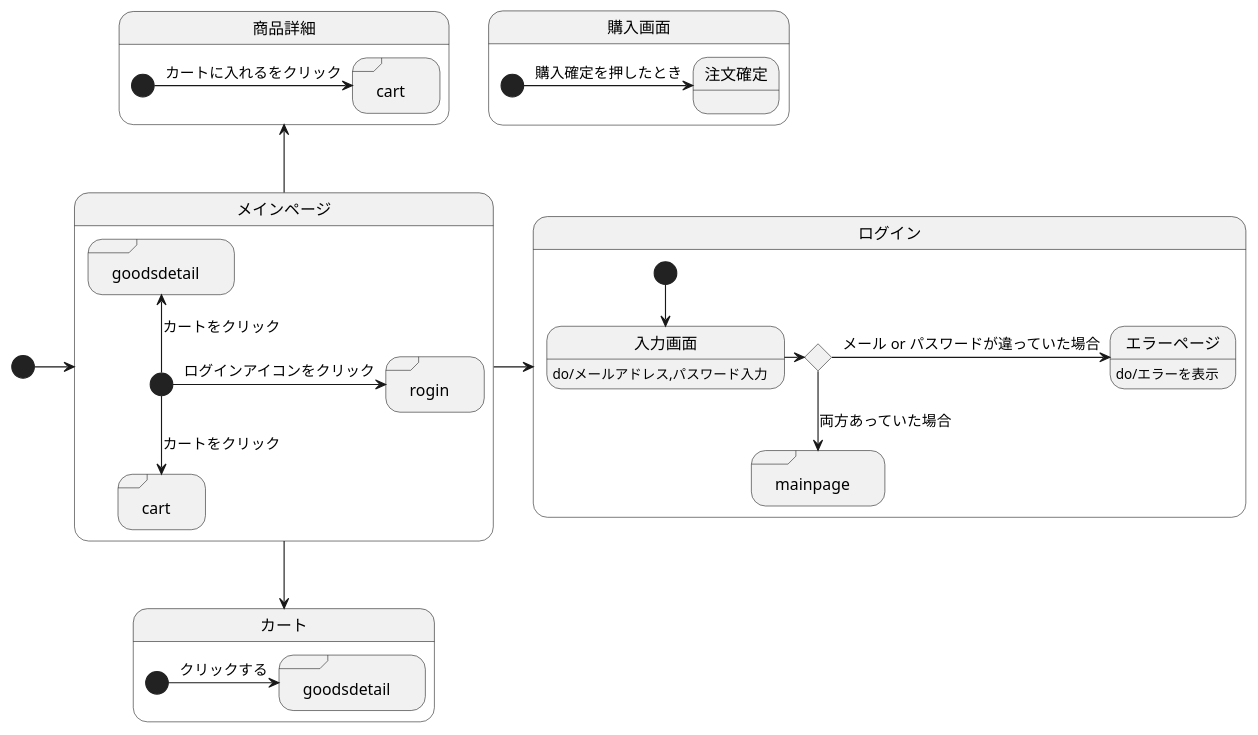
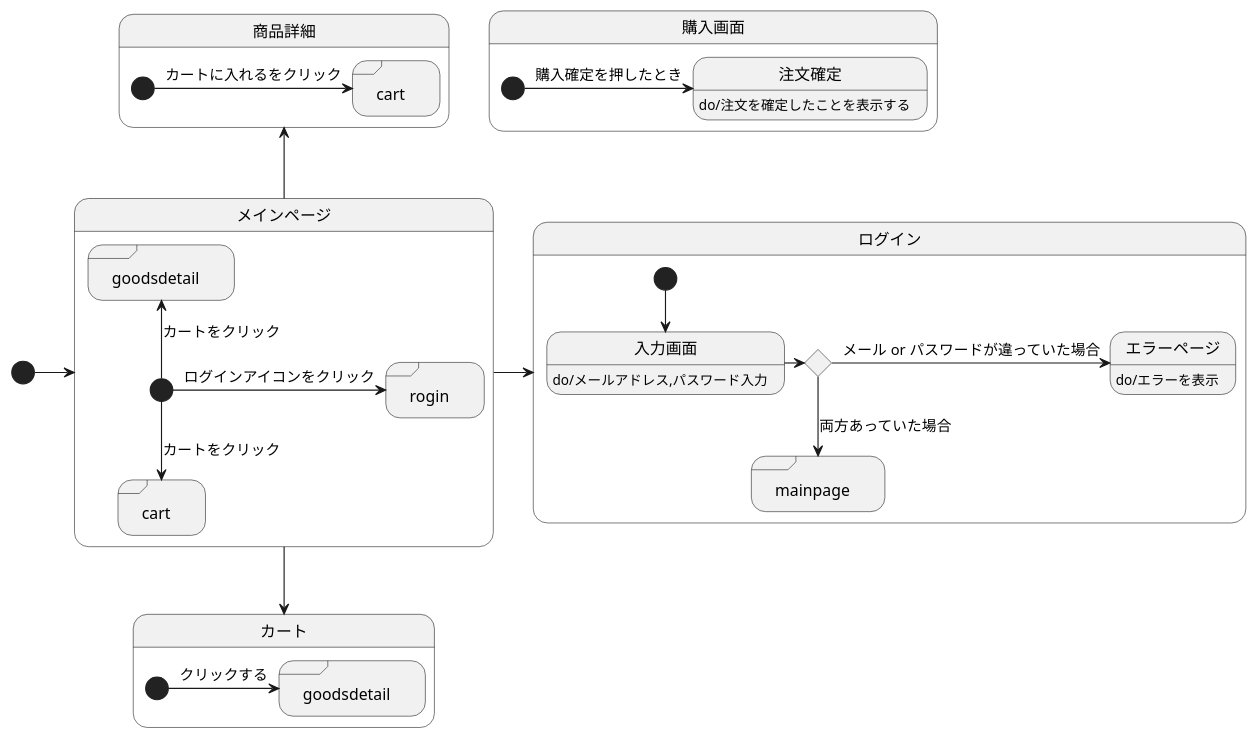
The diagram in UML.md (akutori/T-D-E), drawn with PlantUML before and after one commit.

Commit message:
追記

````diff
--- a/UML.md
+++ b/UML.md
@@ -1,48 +1,49 @@
 ```uml
 @startuml
 [*]->メインページ
 メインページ->ログイン
 メインページ-->カート
 メインページ-up->商品詳細
 
 state メインページ{
 state "rogin" <<sdlreceive>>
 state "cart" <<sdlreceive>>
 state "goodsdetail" <<sdlreceive>>
     [*]-> rogin :ログインアイコンをクリック
     [*]--> cart :カートをクリック
     [*]-up-> goodsdetail :カートをクリック
 }
 
 state ログイン{
 state input <<choice>>
 state "mainpage"<<sdlreceive>>
 
 入力画面:do/メールアドレス,パスワード入力
 エラーページ:do/エラーを表示
     [*]--> 入力画面
     入力画面->input
     input->エラーページ:メール or パスワードが違っていた場合
     input-->mainpage : 両方あっていた場合
 
 }
 
 state 購入画面{
+注文確定:do/注文を確定したことを表示する
     [*]->注文確定 :購入確定を押したとき
 }
 
 
 state カート{
 state "goodsdetail" as goodsincart <<sdlreceive>>
 
     [*]->goodsincart :クリックする
 }
 
 state 商品詳細{
 state "cart" as detailincart <<sdlreceive>>
 
     [*]->detailincart :カートに入れるをクリック
 }
 
 @enduml
 ```
````
